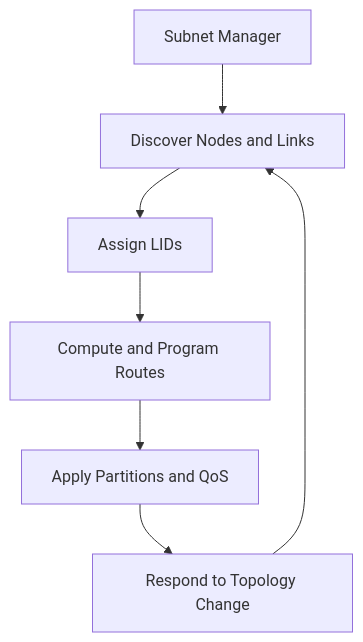
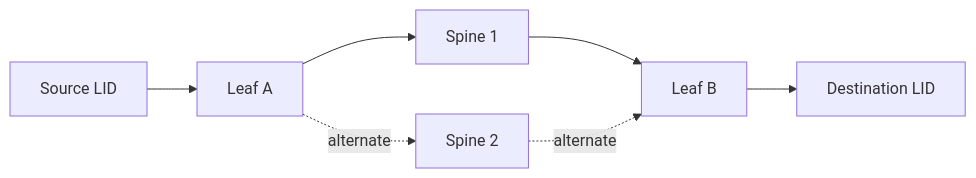
One commit to jithinpnjm/nvidia-devops changed the third of 4 diagrams in docs/nvidia-zero-to-hero/volume-08/chapter-05-subnet-management-and-opensm.md. Above: the diagram before and after it, drawn with Mermaid. The commit also changed other lines of this file and 11 other files, not shown here.

````diff
--- a/docs/nvidia-zero-to-hero/volume-08/chapter-05-subnet-management-and-opensm.md
+++ b/docs/nvidia-zero-to-hero/volume-08/chapter-05-subnet-management-and-opensm.md
@@ -18,11 +162,13 @@
 ```mermaid
-flowchart TD
-    SM[Subnet Manager]
-    Discover[Discover Nodes and Links]
-    Assign[Assign LIDs]
-    Route[Compute and Program Routes]
-    Policy[Apply Partitions and QoS]
-    Monitor[Respond to Topology Change]
-    SM --> Discover --> Assign --> Route --> Policy --> Monitor
-    Monitor --> Discover
+flowchart LR
+    Source[Source LID]
+    LeafA[Leaf A]
+    Spine1[Spine 1]
+    Spine2[Spine 2]
+    LeafB[Leaf B]
+    Dest[Destination LID]
+
+    Source --> LeafA
+    LeafA --> Spine1 --> LeafB --> Dest
+    LeafA -. alternate .-> Spine2 -. alternate .-> LeafB
 ```
````
